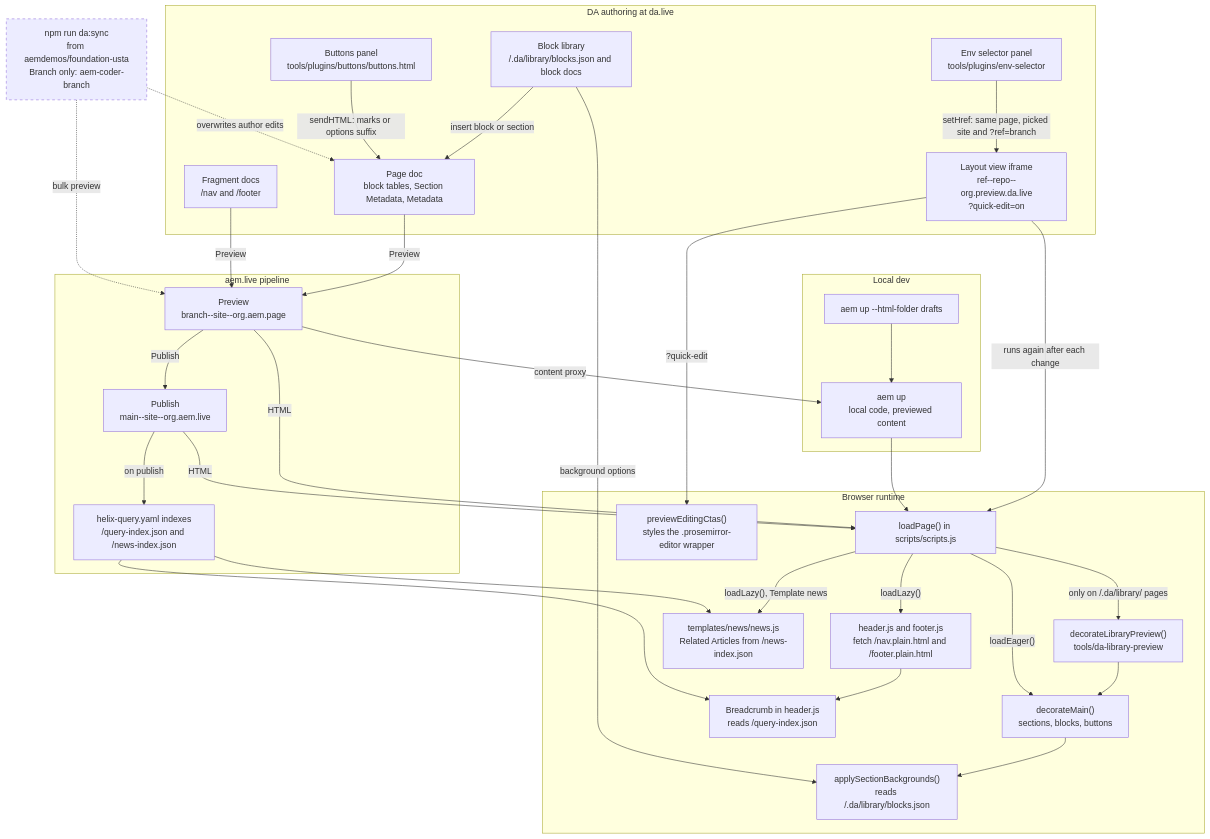
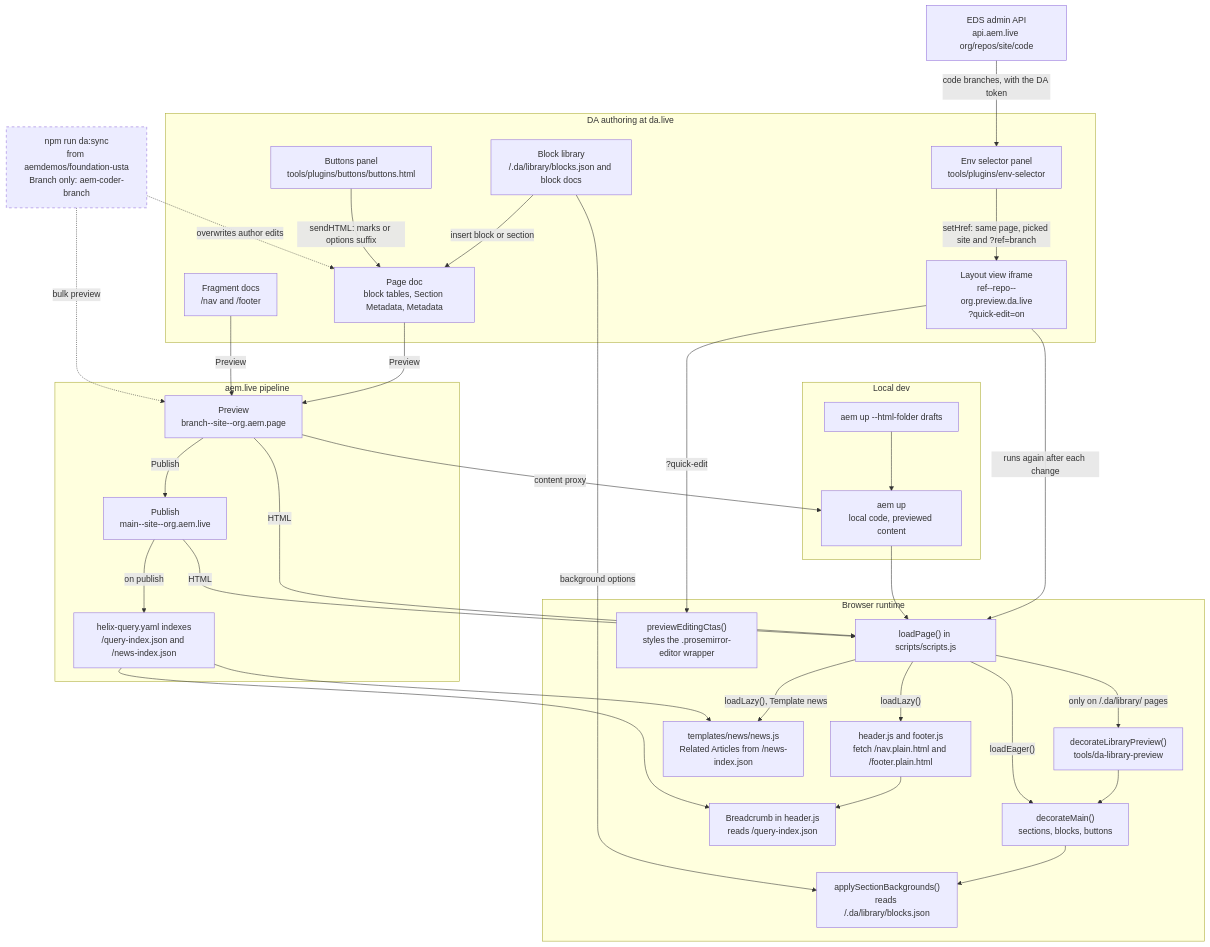
Before and after one commit to aman-kumar24-dev/usta-foundation-site: the sixth of 8 diagrams in docs/flow.md, drawn with Mermaid. The commit also changed other lines of this file and 8 other files, not shown here.

First line of the commit message:
env-selector: "All branches" from the EDS admin API (fetchBranches)

````diff
--- a/docs/flow.md
+++ b/docs/flow.md
@@ -678,58 +678,59 @@
 ```mermaid
 flowchart TD
   subgraph DA["DA authoring at da.live"]
     LIB["Block library<br/>/.da/library/blocks.json and block docs"]
     BTN["Buttons panel<br/>tools/plugins/buttons/buttons.html"]
     ENV["Env selector panel<br/>tools/plugins/env-selector"]
     DOC["Page doc<br/>block tables, Section Metadata, Metadata"]
     FRAG["Fragment docs<br/>/nav and /footer"]
     EW["Layout view iframe<br/>ref--repo--org.preview.da.live<br/>?quick-edit=on"]
   end
   subgraph ADMIN["aem.live pipeline"]
     PREV["Preview<br/>branch--site--org.aem.page"]
     PUB["Publish<br/>main--site--org.aem.live"]
     IDX["helix-query.yaml indexes<br/>/query-index.json and /news-index.json"]
   end
   subgraph RT["Browser runtime"]
     LP["loadPage() in scripts/scripts.js"]
     LIBP["decorateLibraryPreview()<br/>tools/da-library-preview"]
     DM["decorateMain()<br/>sections, blocks, buttons"]
     BG["applySectionBackgrounds()<br/>reads /.da/library/blocks.json"]
     PEC["previewEditingCtas()<br/>styles the .prosemirror-editor wrapper"]
     HF["header.js and footer.js<br/>fetch /nav.plain.html and /footer.plain.html"]
     BC["Breadcrumb in header.js<br/>reads /query-index.json"]
     RA["templates/news/news.js<br/>Related Articles from /news-index.json"]
   end
   subgraph DEV["Local dev"]
     UP["aem up<br/>local code, previewed content"]
     DR["aem up --html-folder drafts"]
   end
   SYNC["npm run da:sync<br/>from aemdemos/foundation-usta<br/>Branch only: aem-coder-branch"]:::planned
   LIB -->|"insert block or section"| DOC
   BTN -->|"sendHTML: marks or options suffix"| DOC
   ENV -->|"setHref: same page, picked site and ?ref=branch"| EW
+  API["EDS admin API<br/>api.aem.live org/repos/site/code"] -->|"code branches, with the DA token"| ENV
   DOC -->|"Preview"| PREV
   FRAG -->|"Preview"| PREV
   PREV -->|"Publish"| PUB
   PUB -->|"on publish"| IDX
   PREV -->|"HTML"| LP
   PUB -->|"HTML"| LP
   EW -->|"runs again after each change"| LP
   EW -->|"?quick-edit"| PEC
   LP -->|"only on /.da/library/ pages"| LIBP
   LIBP --> DM
   LP -->|"loadEager()"| DM
   DM --> BG
   LIB -->|"background options"| BG
   LP -->|"loadLazy()"| HF
   LP -->|"loadLazy(), Template news"| RA
   HF --> BC
   IDX --> BC
   IDX --> RA
   PREV -->|"content proxy"| UP
   DR --> UP
   UP --> LP
   SYNC -.->|"overwrites author edits"| DOC
   SYNC -.->|"bulk preview"| PREV
   classDef planned stroke-dasharray: 5 5
 ```
````
